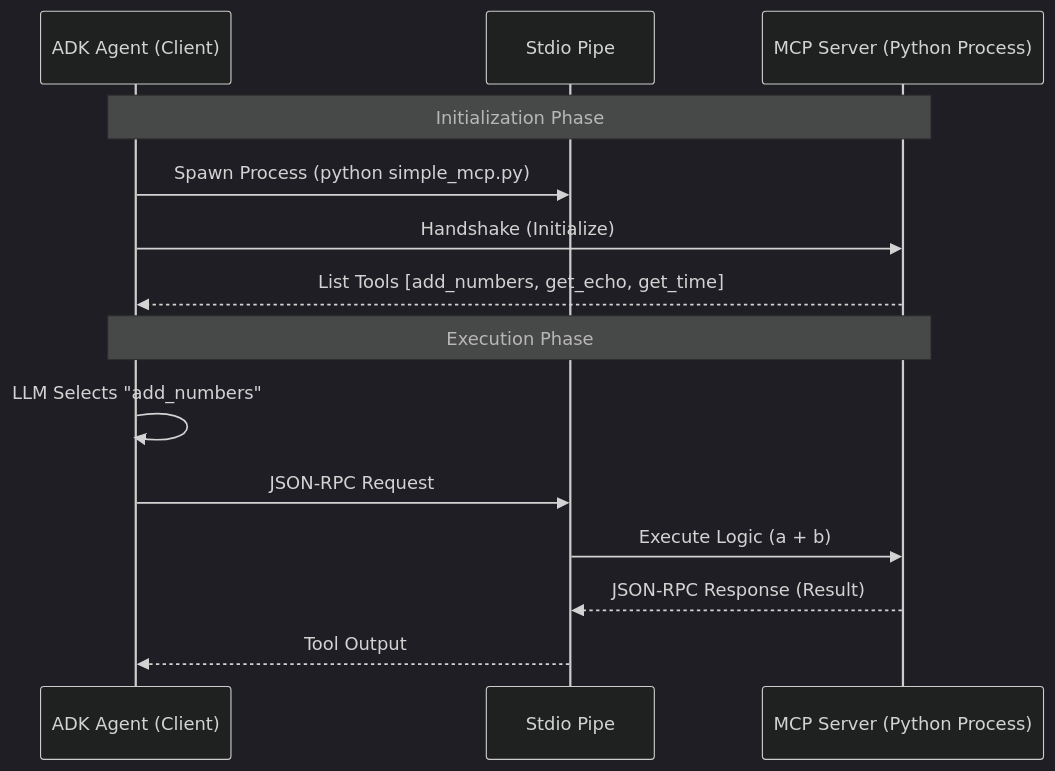
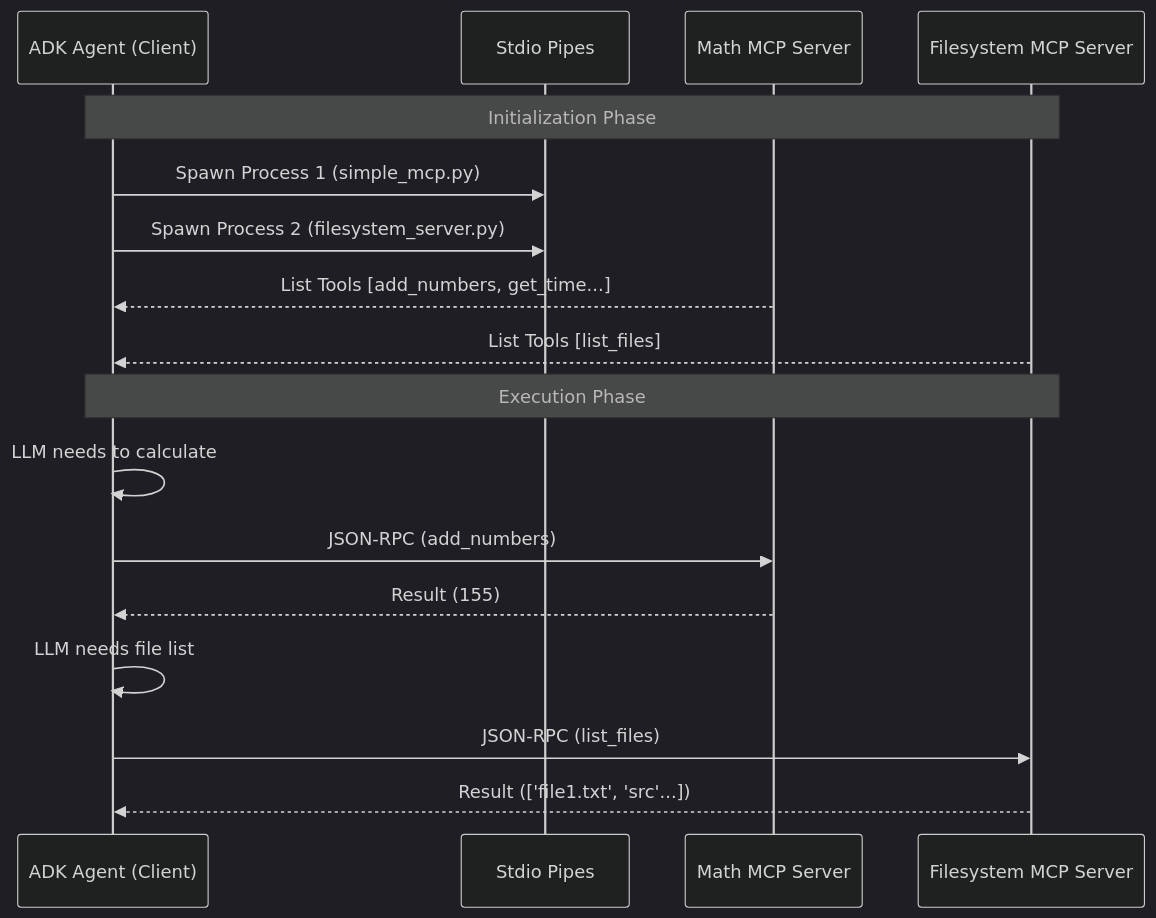
Before and after one commit to Rex6961/MCPAgent: the diagram in README.md, drawn with Mermaid (dark theme). The commit also changed other lines of this file and 2 other files, not shown here.

Commit message:
docs: add documentation for filesystem MCP server integration

````diff
--- a/README.md
+++ b/README.md
@@ -19,18 +21,23 @@
 ```mermaid
 sequenceDiagram
     participant Agent as ADK Agent (Client)
-    participant Transport as Stdio Pipe
-    participant Server as MCP Server (Python Process)
+    participant Transport as Stdio Pipes
+    participant Server1 as Math MCP Server
+    participant Server2 as Filesystem MCP Server
 
-    Note over Agent, Server: Initialization Phase
-    Agent->>Transport: Spawn Process (python simple_mcp.py)
-    Agent->>Server: Handshake (Initialize)
-    Server-->>Agent: List Tools [add_numbers, get_echo, get_time]
+    Note over Agent, Server2: Initialization Phase
+    Agent->>Transport: Spawn Process 1 (simple_mcp.py)
+    Agent->>Transport: Spawn Process 2 (filesystem_server.py)
+    Server1-->>Agent: List Tools [add_numbers, get_time...]
+    Server2-->>Agent: List Tools [list_files]
 
-    Note over Agent, Server: Execution Phase
-    Agent->>Agent: LLM Selects "add_numbers"
-    Agent->>Transport: JSON-RPC Request
-    Transport->>Server: Execute Logic (a + b)
-    Server-->>Transport: JSON-RPC Response (Result)
-    Transport-->>Agent: Tool Output
+    Note over Agent, Server2: Execution Phase
+    Agent->>Agent: LLM needs to calculate
+    Agent->>Server1: JSON-RPC (add_numbers)
+    Server1-->>Agent: Result (155)
+
+    Agent->>Agent: LLM needs file list
+    Agent->>Server2: JSON-RPC (list_files)
+    Server2-->>Agent: Result (['file1.txt', 'src'...])
+
 ```
````
